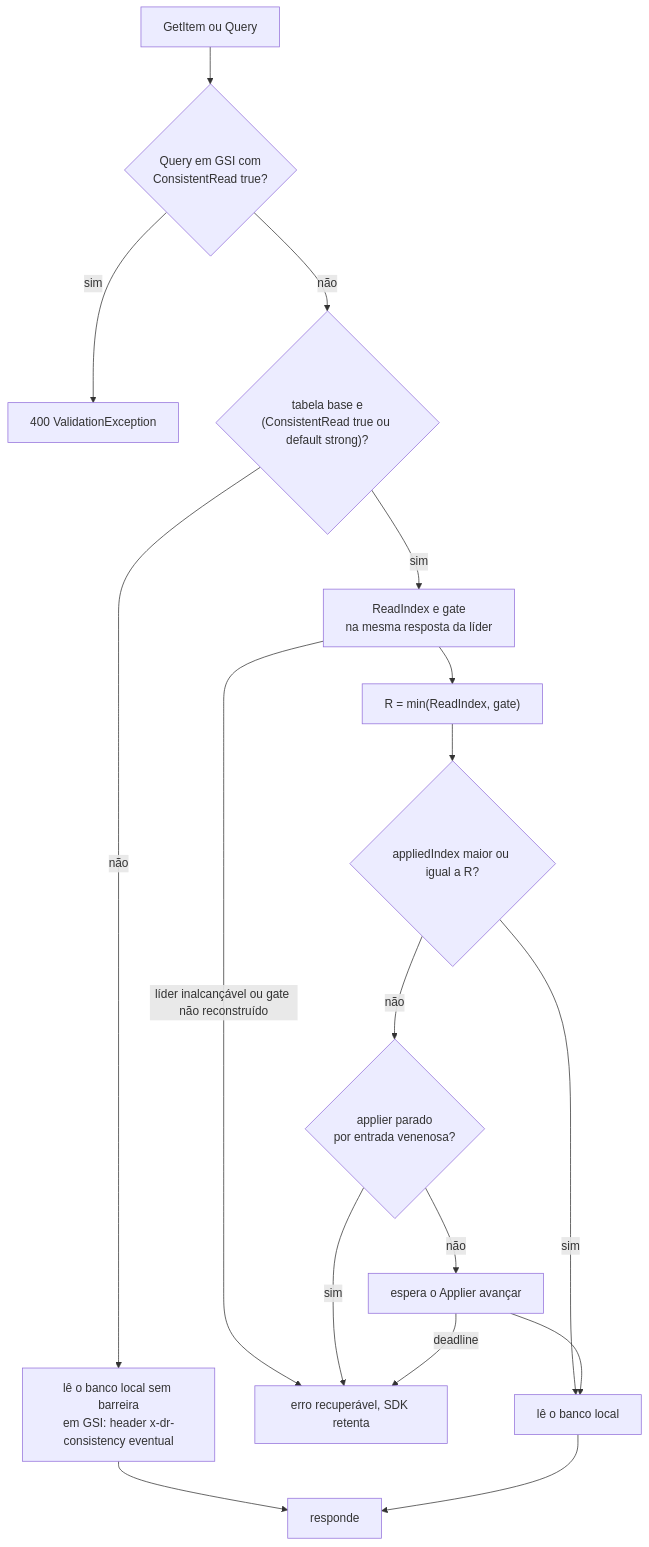
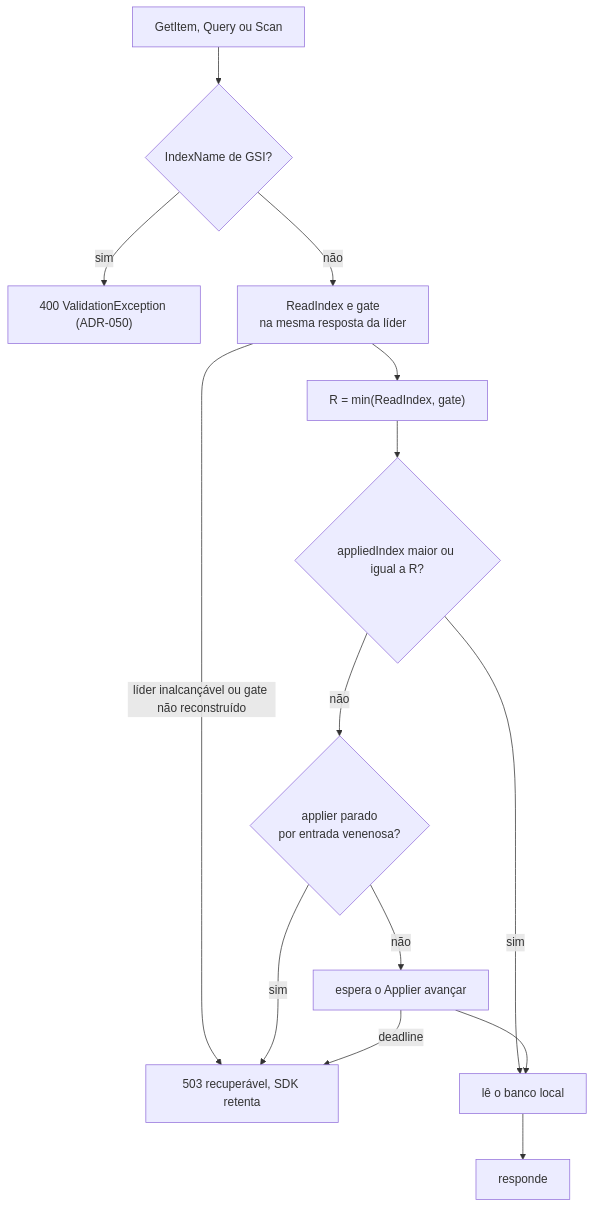
Before and after one commit to brbarmex/k: the eighth of 10 diagrams in 05_implementacao/02_desenho_e_diagramas.md, drawn with Mermaid. The commit also changed other lines of this file and 158 other files, not shown here.

````diff
--- a/05_implementacao/02_desenho_e_diagramas.md
+++ b/05_implementacao/02_desenho_e_diagramas.md
@@ -245,19 +249,16 @@
 ```mermaid
 flowchart TD
-    A["GetItem ou Query"] --> I0{"Query em GSI com<br/>ConsistentRead true?"}
-    I0 -->|sim| V["400 ValidationException"]
-    I0 -->|não| B{"tabela base e<br/>(ConsistentRead true ou default strong)?"}
-    B -->|não| C["lê o banco local sem barreira<br/>em GSI: header x-dr-consistency eventual"]
-    C --> R["responde"]
-    B -->|sim| D["ReadIndex e gate<br/>na mesma resposta da líder"]
-    D -->|líder inalcançável ou gate não reconstruído| E["erro recuperável, SDK retenta"]
+    A["GetItem, Query ou Scan"] --> I0{"IndexName de GSI?"}
+    I0 -->|sim| V["400 ValidationException (ADR-050)"]
+    I0 -->|não| D["ReadIndex e gate<br/>na mesma resposta da líder"]
+    D -->|líder inalcançável ou gate não reconstruído| E["503 recuperável, SDK retenta"]
     D --> F["R = min(ReadIndex, gate)"]
     F --> G{"appliedIndex maior ou igual a R?"}
     G -->|sim| H["lê o banco local"]
     G -->|não| J{"applier parado<br/>por entrada venenosa?"}
     J -->|sim| E
     J -->|não| I["espera o Applier avançar"]
     I -->|deadline| E
     I --> H
-    H --> R
+    H --> R["responde"]
 ```
````
